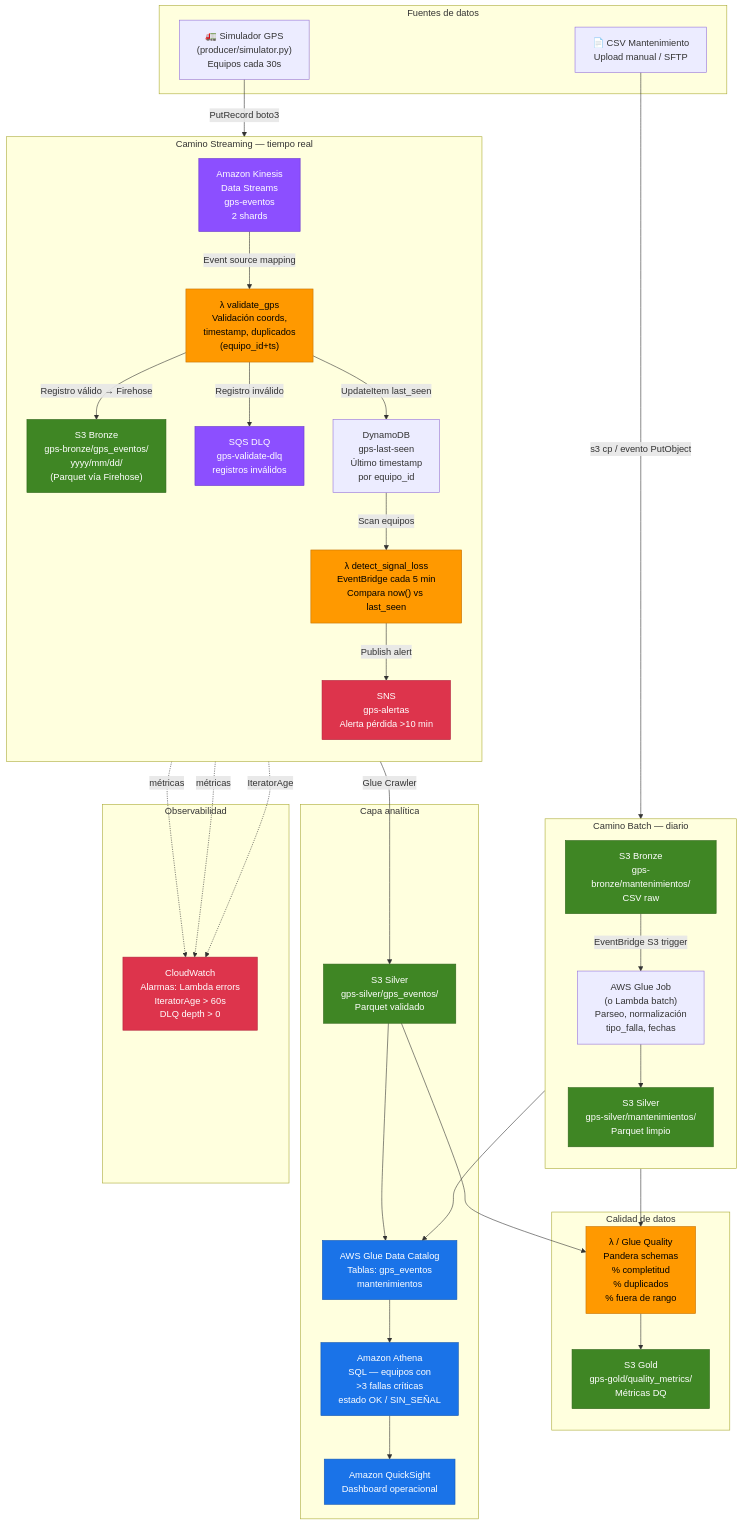
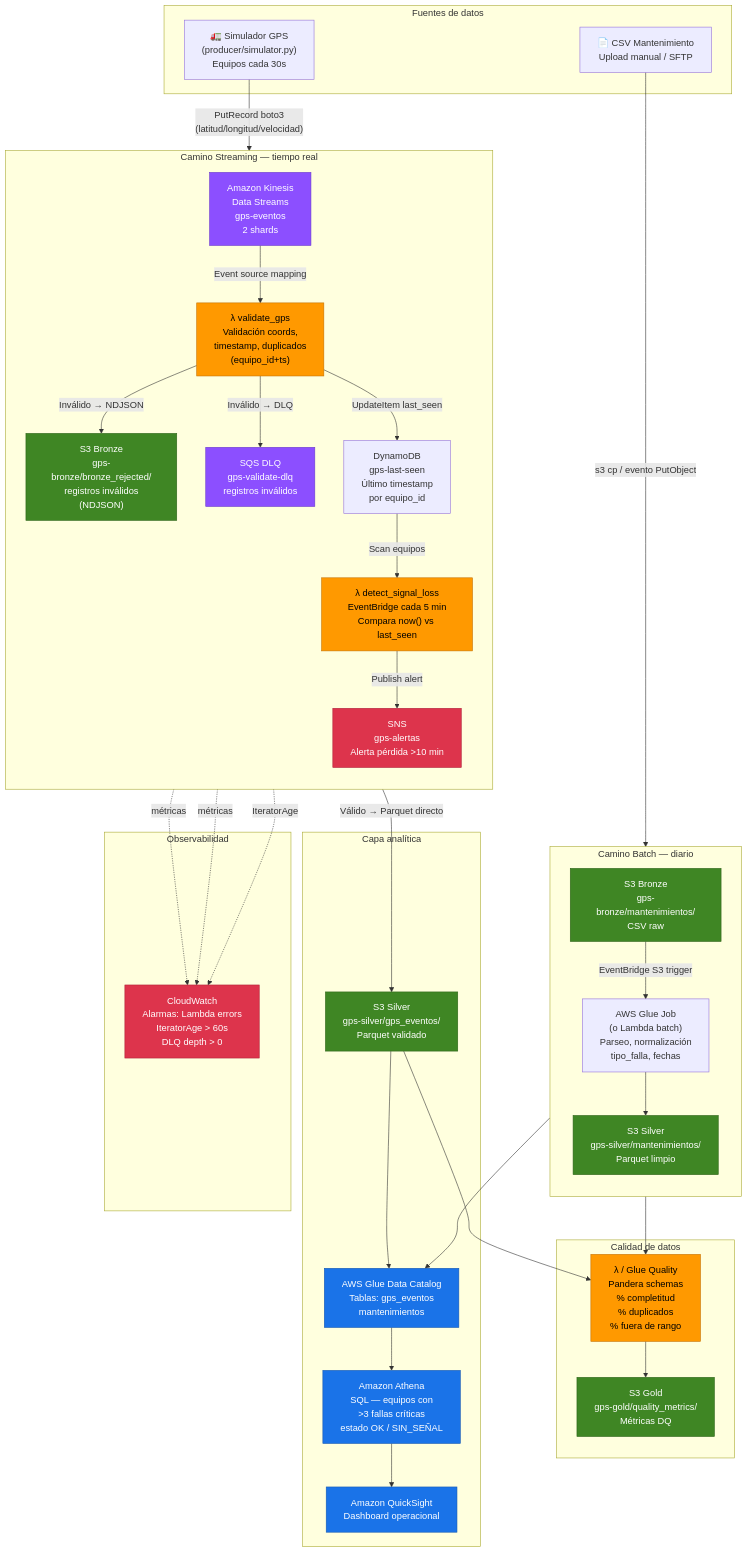
Before and after one commit to andrexandrex/gps-pipeline: the diagram in docs/architecture.md, drawn with Mermaid. The commit also changed 13 other files, not shown here.

```diff
--- a/docs/architecture.md
+++ b/docs/architecture.md
@@ -17,7 +17,7 @@
         DYNAMO["DynamoDB\ngps-last-seen\nÚltimo timestamp\npor equipo_id"]
         SLAMBDA["λ detect_signal_loss\nEventBridge cada 5 min\nCompara now() vs last_seen"]
         SNS["SNS\ngps-alertas\nAlerta pérdida >10 min"]
-        BRONZE_GPS["S3 Bronze\ngps-bronze/gps_eventos/\nyyyy/mm/dd/\n(Parquet vía Firehose)"]
+        BRONZE_GPS["S3 Bronze\ngps-bronze/bronze_rejected/\nregistros inválidos\n(NDJSON)"]
     end
 
     subgraph BATCH["Camino Batch — diario"]
@@ -44,12 +44,12 @@
     end
 
     %% Streaming flow
-    SIM -->|"PutRecord boto3"| KDS
+    SIM -->|"PutRecord boto3\n(latitud/longitud/velocidad)"| KDS
     KDS -->|"Event source mapping"| VLAMBDA
-    VLAMBDA -->|"Registro válido → Firehose"| BRONZE_GPS
-    VLAMBDA -->|"Registro inválido"| DLQ
+    VLAMBDA -->|"Válido → Parquet directo"| SILVER_GPS
+    VLAMBDA -->|"Inválido → NDJSON"| BRONZE_GPS
+    VLAMBDA -->|"Inválido → DLQ"| DLQ
     VLAMBDA -->|"UpdateItem last_seen"| DYNAMO
-    BRONZE_GPS -->|"Glue Crawler"| SILVER_GPS
     SILVER_GPS --> GLUE_CAT
 
     %% Signal loss detection
```
